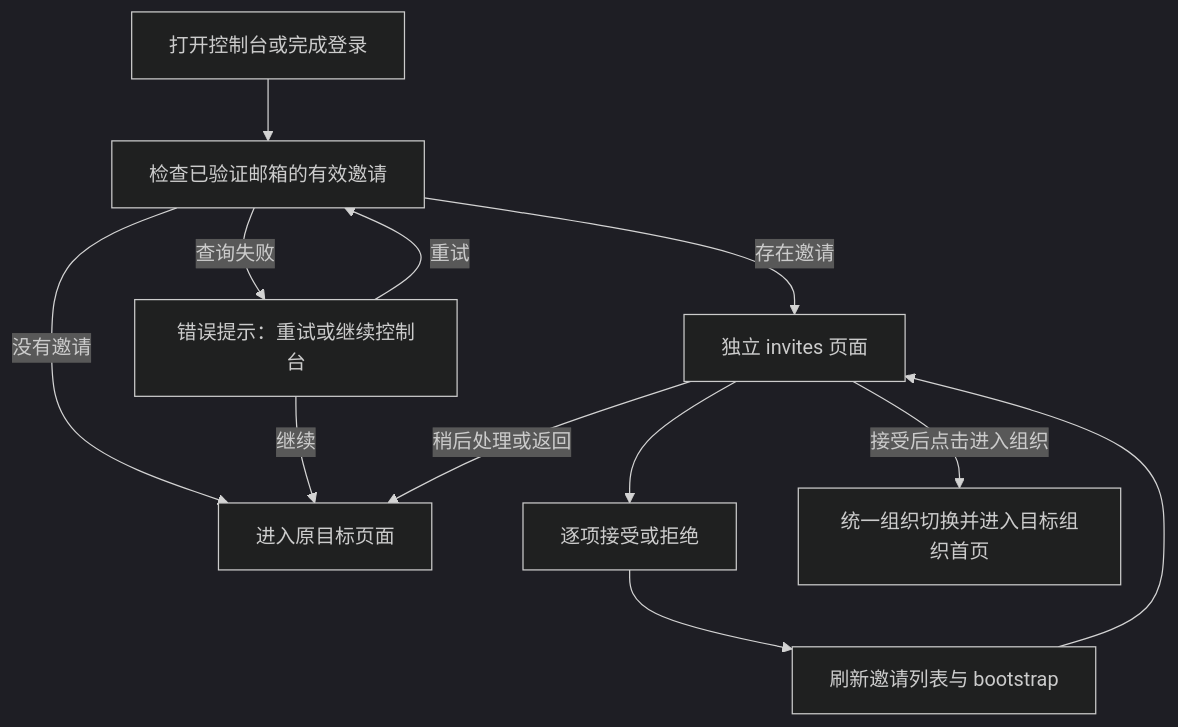
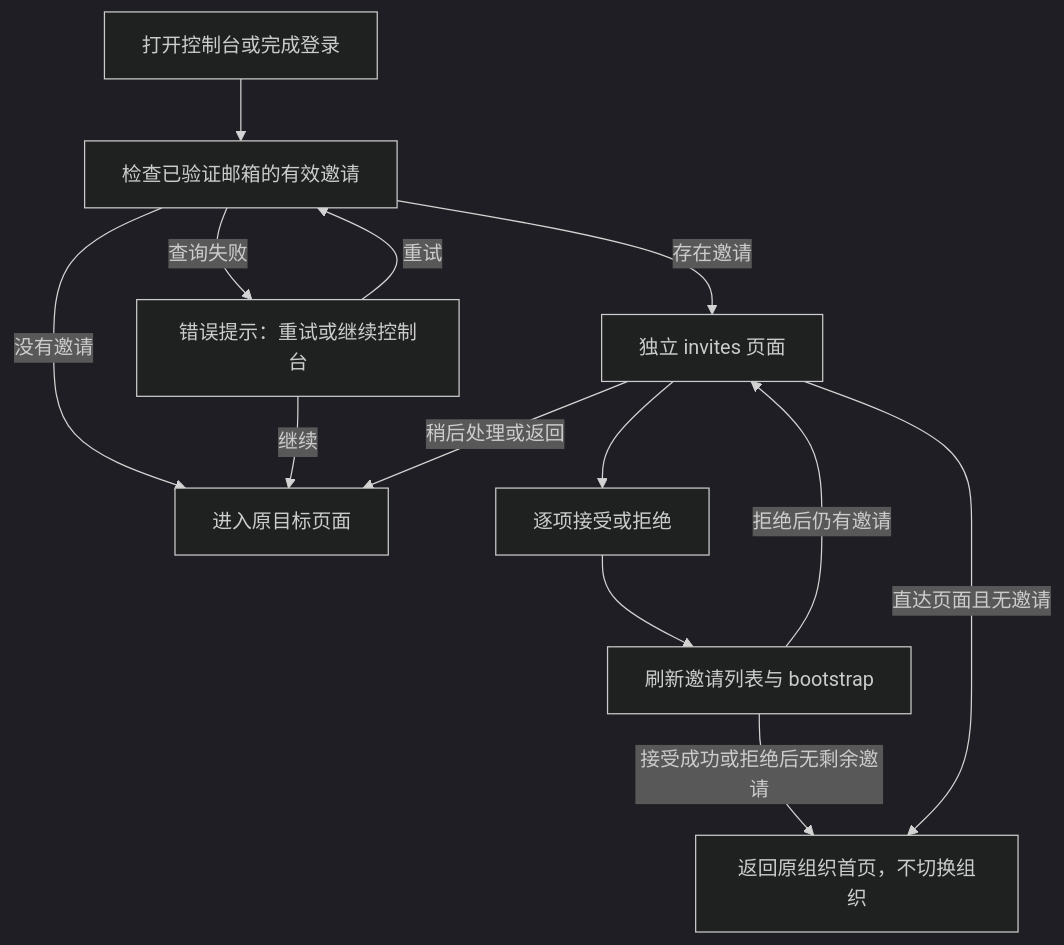
Before and after one commit to superduck-ai/open-managed-agents: the third of 4 diagrams in docs/design/organization-joining.md, drawn with Mermaid (dark theme). The commit also changed other lines of this file and 7 other files, not shown here.

````diff
--- a/docs/design/organization-joining.md
+++ b/docs/design/organization-joining.md
@@ -91,14 +91,15 @@
 ```mermaid
 flowchart TD
     A[打开控制台或完成登录] --> B[检查已验证邮箱的有效邀请]
     B -->|没有邀请| C[进入原目标页面]
     B -->|存在邀请| D[独立 invites 页面]
     B -->|查询失败| E[错误提示：重试或继续控制台]
     E -->|重试| B
     E -->|继续| C
     D --> F[逐项接受或拒绝]
     F --> G[刷新邀请列表与 bootstrap]
-    G --> D
+    G -->|接受成功或拒绝后无剩余邀请| H[返回原组织首页，不切换组织]
+    G -->|拒绝后仍有邀请| D
     D -->|稍后处理或返回| C
-    D -->|接受后点击进入组织| H[统一组织切换并进入目标组织首页]
+    D -->|直达页面且无邀请| H
 ```
````
